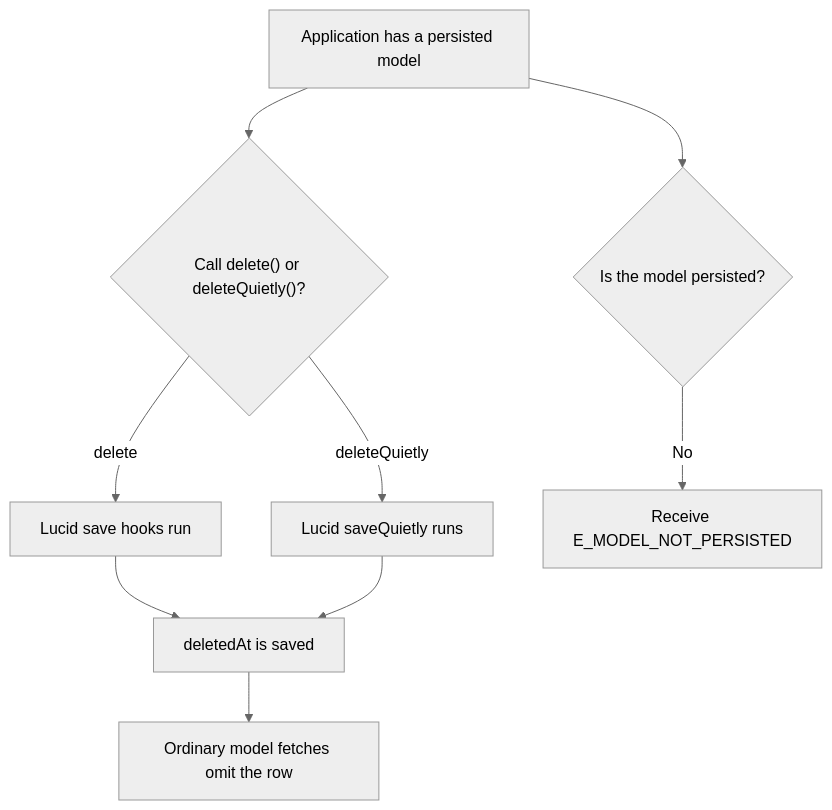
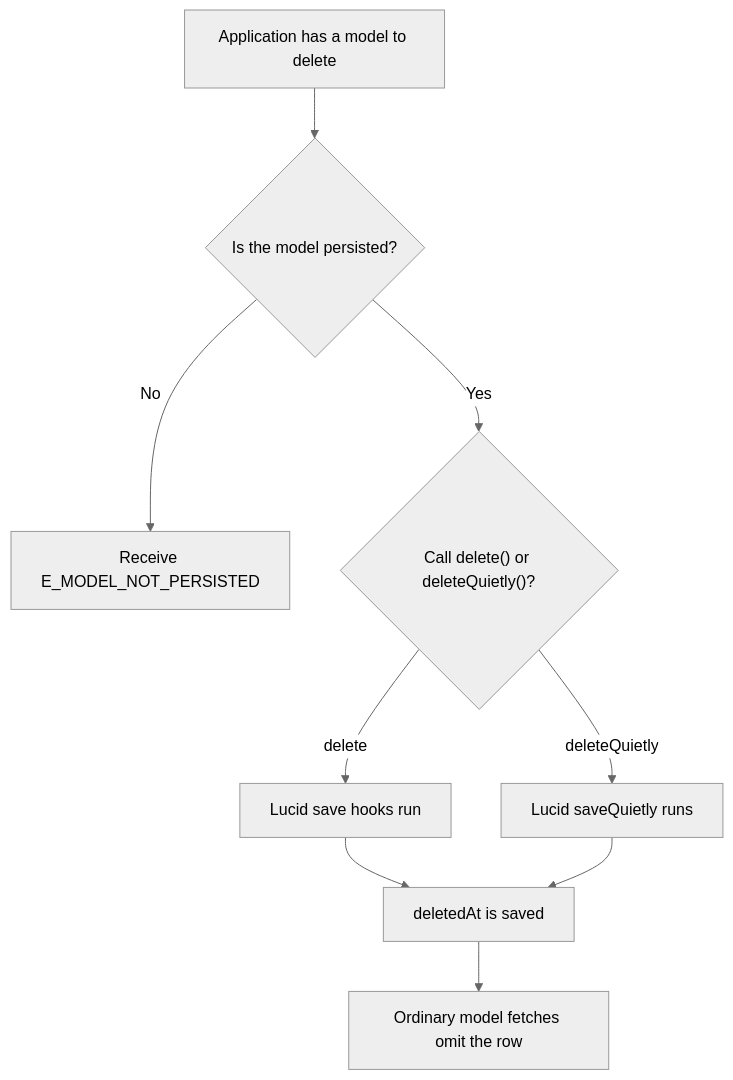
Before and after one commit to Kevinjohn/oss-adonisjs-lucid-soft-delete: the first of 2 diagrams in user-stories/soft-delete-instance/us-app-01-soft-delete-instance.md, drawn with Mermaid (neutral theme). The commit also changed 1 other file, not shown here.

Commit message:
docs: clarify catalogue behavior and recovery boundaries

````diff
--- a/user-stories/soft-delete-instance/us-app-01-soft-delete-instance.md
+++ b/user-stories/soft-delete-instance/us-app-01-soft-delete-instance.md
@@ -21,11 +21,11 @@
 ```mermaid
 flowchart TD
-    A["Application has a persisted model"] --> B{"Call delete() or deleteQuietly()?"}
+    A["Application has a model to delete"] --> G{"Is the model persisted?"}
+    G -->|No| H["Receive E_MODEL_NOT_PERSISTED"]
+    G -->|Yes| B{"Call delete() or deleteQuietly()?"}
     B -->|delete| C["Lucid save hooks run"]
     B -->|deleteQuietly| D["Lucid saveQuietly runs"]
     C --> E["deletedAt is saved"]
     D --> E
     E --> F["Ordinary model fetches omit the row"]
-    A --> G{"Is the model persisted?"}
-    G -->|No| H["Receive E_MODEL_NOT_PERSISTED"]
 ```
````
